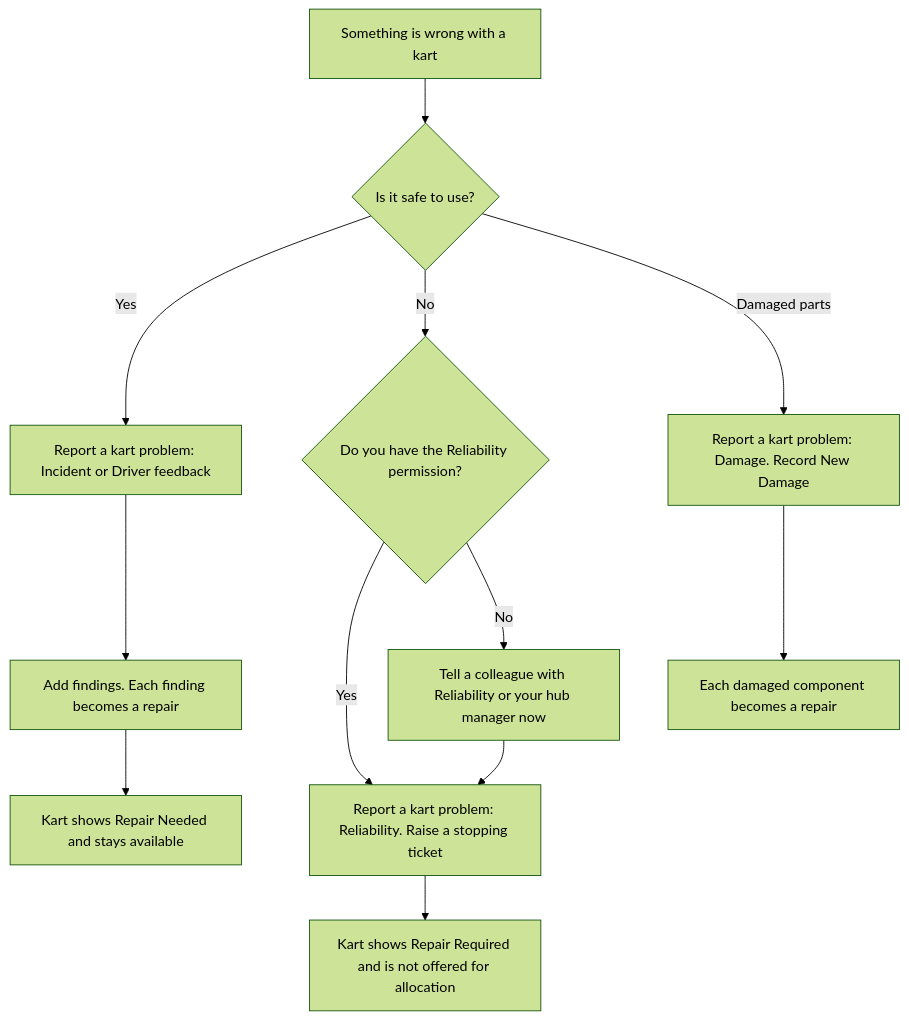
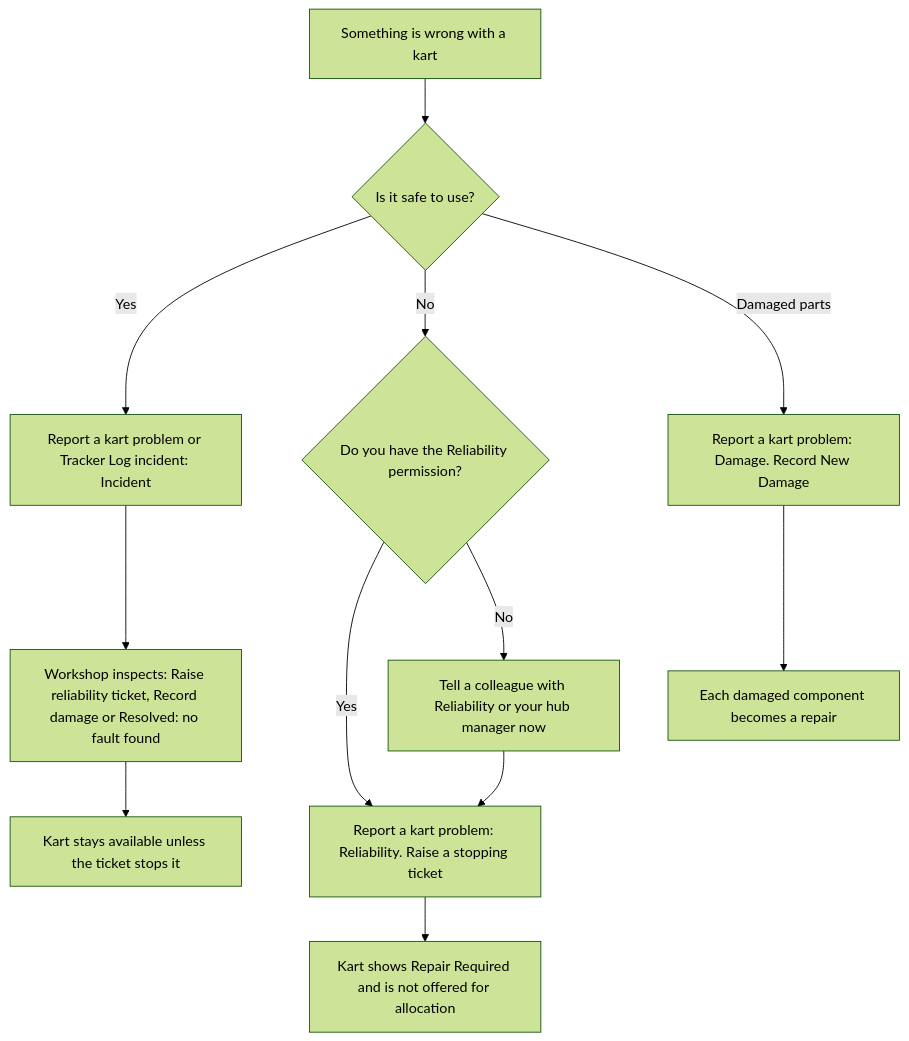
One commit to Smedley-Group-Advanced-Technology/sg-ws-to-kart-guide changed the diagram in content/start/problems-explained.md. Above: the diagram before and after it, drawn with Mermaid (forest theme). The commit also changed other lines of this file and 30 other files, not shown here.

Commit message:
MF-4/5: Log incident on the Tracker (events staff, contractors); inspection findings replaced by Raise reliability ticket / Record damage

````diff
--- a/content/start/problems-explained.md
+++ b/content/start/problems-explained.md
@@ -36,14 +36,14 @@
 ```mermaid
 flowchart TD
     A[Something is wrong with a kart] --> B{Is it safe to use?}
-    B -- Yes --> C[Report a kart problem: Incident or Driver feedback]
-    C --> D[Add findings. Each finding becomes a repair]
-    D --> E[Kart shows Repair Needed and stays available]
+    B -- Yes --> C[Report a kart problem or Tracker Log incident: Incident]
+    C --> D[Workshop inspects: Raise reliability ticket, Record damage or Resolved: no fault found]
+    D --> E[Kart stays available unless the ticket stops it]
     B -- No --> F{Do you have the Reliability permission?}
     F -- Yes --> G[Report a kart problem: Reliability. Raise a stopping ticket]
     F -- No --> H[Tell a colleague with Reliability or your hub manager now]
     H --> G
     G --> I[Kart shows Repair Required and is not offered for allocation]
     B -- Damaged parts --> J[Report a kart problem: Damage. Record New Damage]
     J --> K[Each damaged component becomes a repair]
 ```
````
